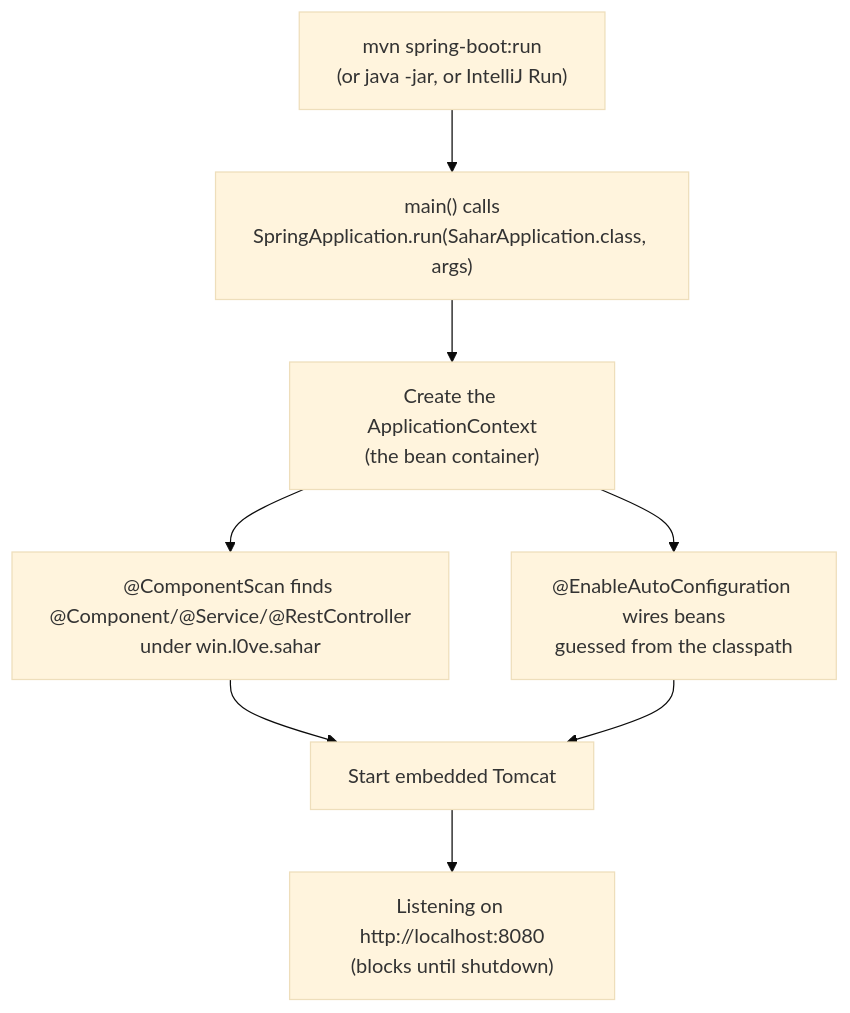
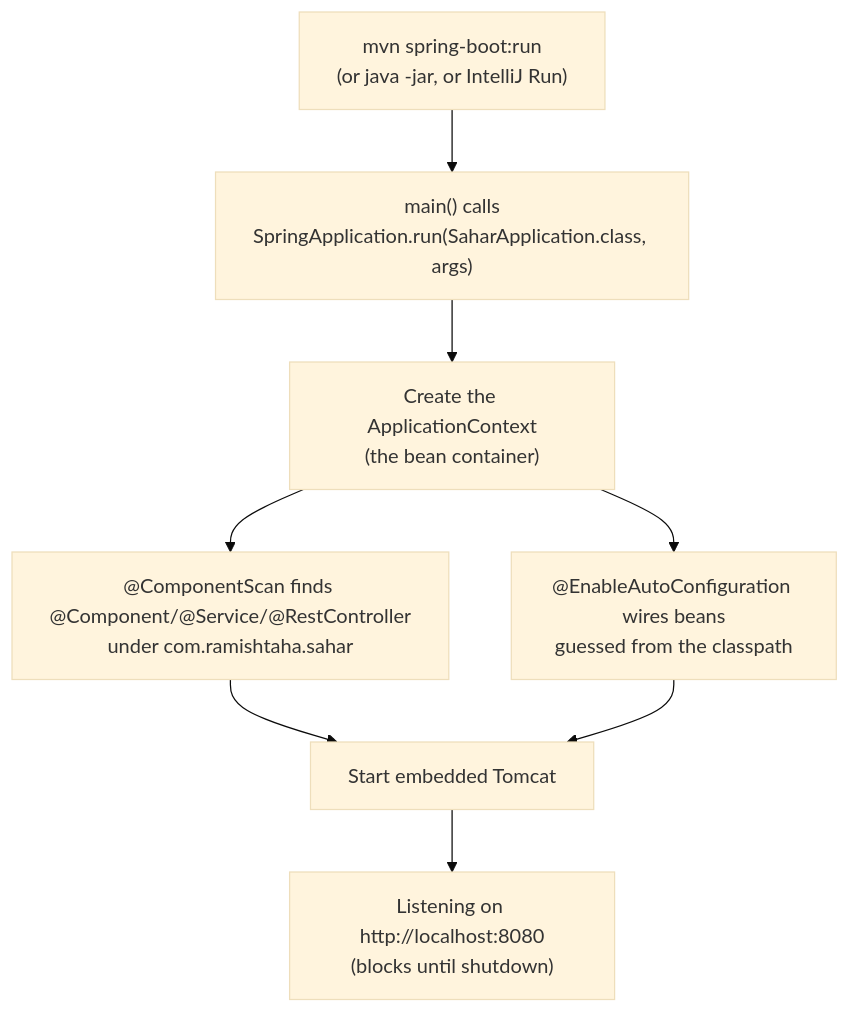
The diagram in docs/steps/00-baseline.md (ramishtaha/spring-boot-sahar), drawn with Mermaid (base theme) before and after one commit. The commit also changed other lines of this file and 777 other files, not shown here.

First line of the commit message:
Rename base package win.l0ve.sahar -> com.ramishtaha.sahar

````diff
--- a/docs/steps/00-baseline.md
+++ b/docs/steps/00-baseline.md
@@ -25,10 +25,10 @@
 ```mermaid
 flowchart TD
     A["mvn spring-boot:run<br/>(or java -jar, or IntelliJ Run)"] --> B["main() calls<br/>SpringApplication.run(SaharApplication.class, args)"]
     B --> C["Create the ApplicationContext<br/>(the bean container)"]
-    C --> D["@ComponentScan finds @Component/@Service/@RestController<br/>under win.l0ve.sahar"]
+    C --> D["@ComponentScan finds @Component/@Service/@RestController<br/>under com.ramishtaha.sahar"]
     C --> E["@EnableAutoConfiguration wires beans<br/>guessed from the classpath"]
     D --> F["Start embedded Tomcat"]
     E --> F
     F --> G["Listening on http://localhost:8080<br/>(blocks until shutdown)"]
 ```
````
